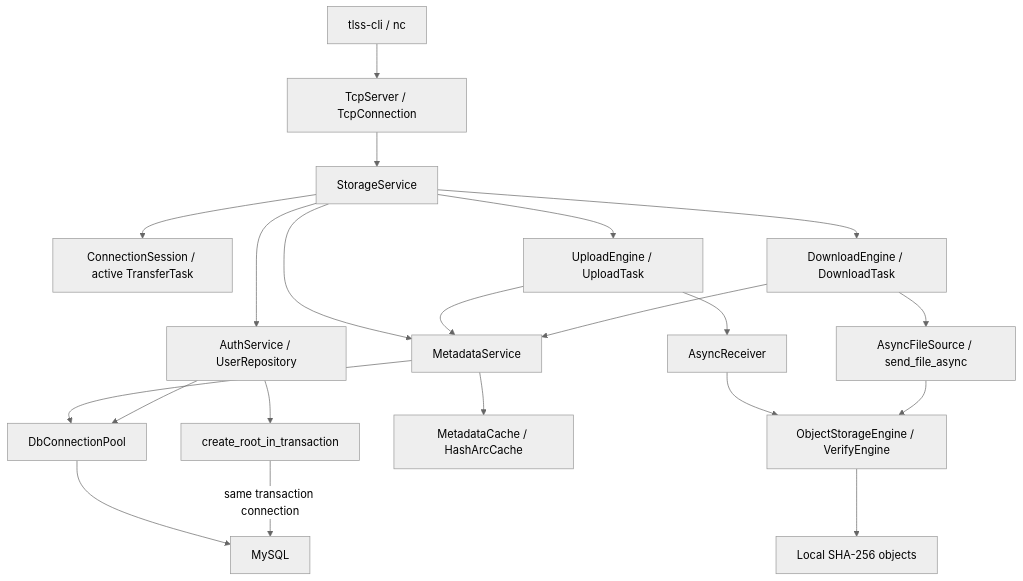
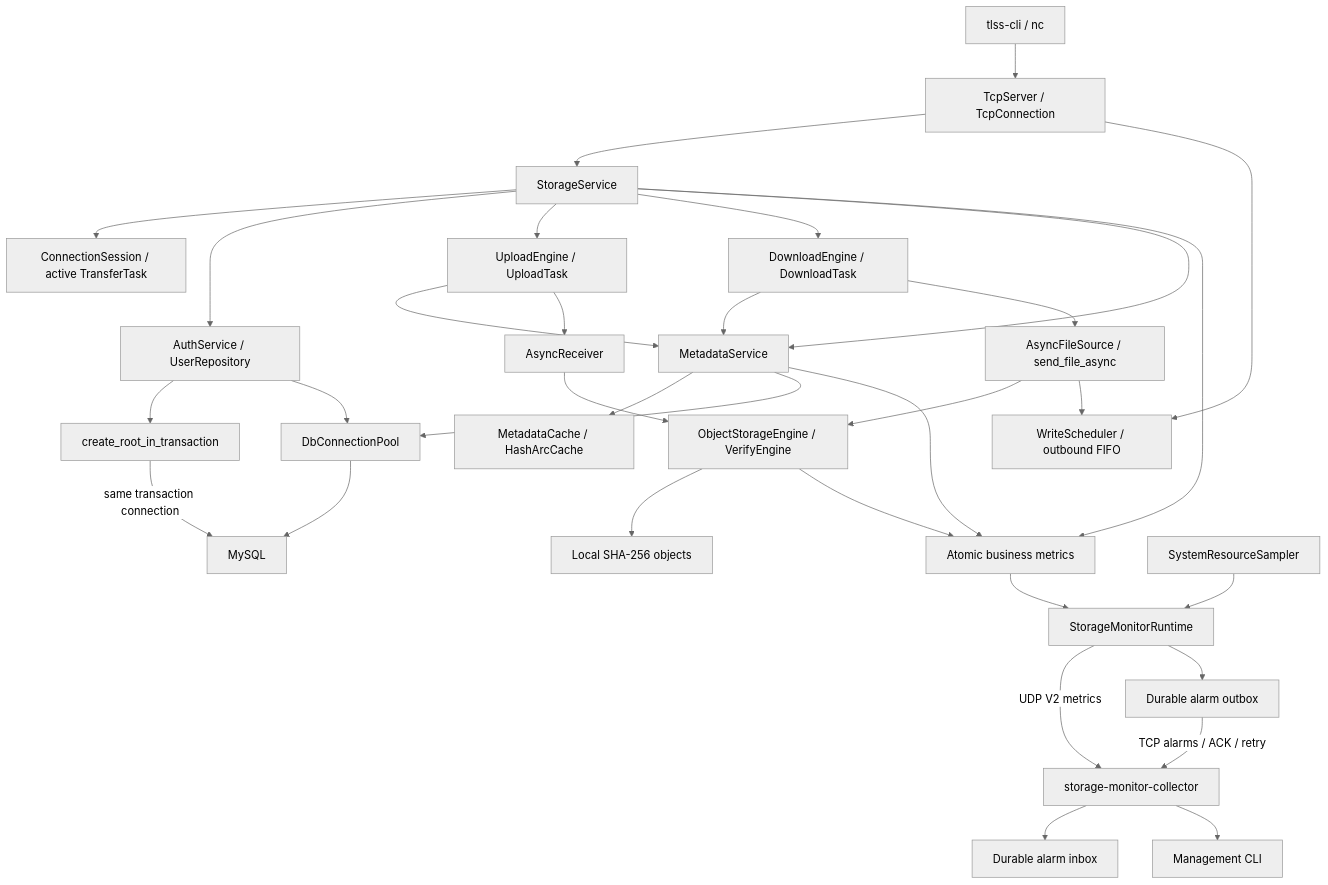
Before and after one commit to ClarkY0505/cpp_TLFSS: the diagram in README.cn.md, drawn with Mermaid (neutral theme). The commit also changed other lines of this file and 1 other file, not shown here.

Commit message:
[docs] : document monitoring metrics and CLI usage

````diff
--- a/README.cn.md
+++ b/README.cn.md
@@ -141,23 +153,35 @@
 ```mermaid
 flowchart TD
     Client[tlss-cli / nc] --> Network[TcpServer / TcpConnection]
     Network --> Service[StorageService]
     Service --> Session[ConnectionSession / active TransferTask]
     Service --> Auth[AuthService / UserRepository]
     Service --> Upload[UploadEngine / UploadTask]
     Service --> Download[DownloadEngine / DownloadTask]
     Service --> Metadata[MetadataService]
     Upload --> Metadata
     Download --> Metadata
     Auth --> Root[create_root_in_transaction]
     Upload --> Receiver[AsyncReceiver]
     Download --> Source[AsyncFileSource / send_file_async]
     Receiver --> Objects[ObjectStorageEngine / VerifyEngine]
     Source --> Objects
     Objects --> Filesystem[Local SHA-256 objects]
     Metadata --> Cache[MetadataCache / HashArcCache]
     Metadata --> Pool[DbConnectionPool]
     Auth --> Pool
     Pool --> MySQL[MySQL]
     Root -->|same transaction connection| MySQL
+    Network --> Writes[WriteScheduler / outbound FIFO]
+    Source --> Writes
+    Service --> Metrics[Atomic business metrics]
+    Metadata --> Metrics
+    Objects --> Metrics
+    Metrics --> Runtime[StorageMonitorRuntime]
+    Resources[SystemResourceSampler] --> Runtime
+    Runtime -->|UDP V2 metrics| Collector[storage-monitor-collector]
+    Runtime --> Outbox[Durable alarm outbox]
+    Outbox -->|TCP alarms / ACK / retry| Collector
+    Collector --> Inbox[Durable alarm inbox]
+    Collector --> CLI[Management CLI]
 ```
````
